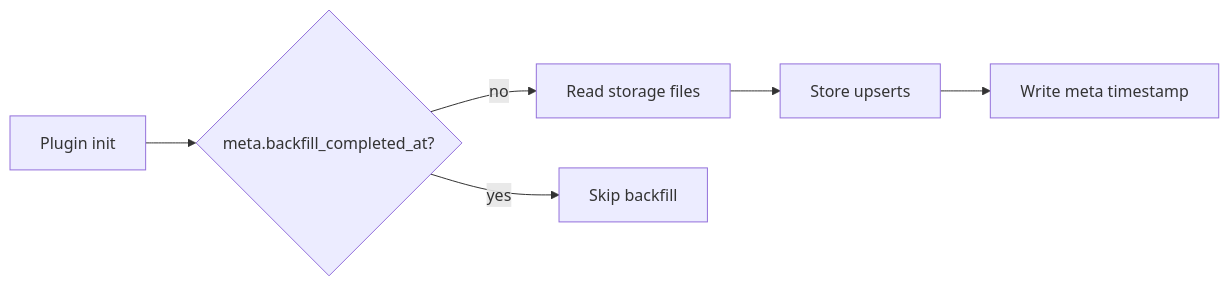
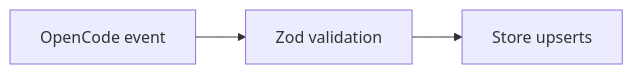
One commit to dxta-dev/clankers changed the diagram in lode/practices.md. Above: the diagram before and after it, drawn with Mermaid. The commit also changed other lines of this file and 24 other files, not shown here.

````diff
--- a/lode/practices.md
+++ b/lode/practices.md
@@ -18,8 +19,5 @@
 ```mermaid
 flowchart LR
-  Start[Plugin init] --> CheckMeta{meta.backfill_completed_at?}
-  CheckMeta -- no --> Import[Read storage files]
-  Import --> Upsert[Store upserts]
-  Upsert --> Mark[Write meta timestamp]
-  CheckMeta -- yes --> Done[Skip backfill]
+  Event[OpenCode event] --> Validate[Zod validation]
+  Validate --> Upsert[Store upserts]
 ```
````
